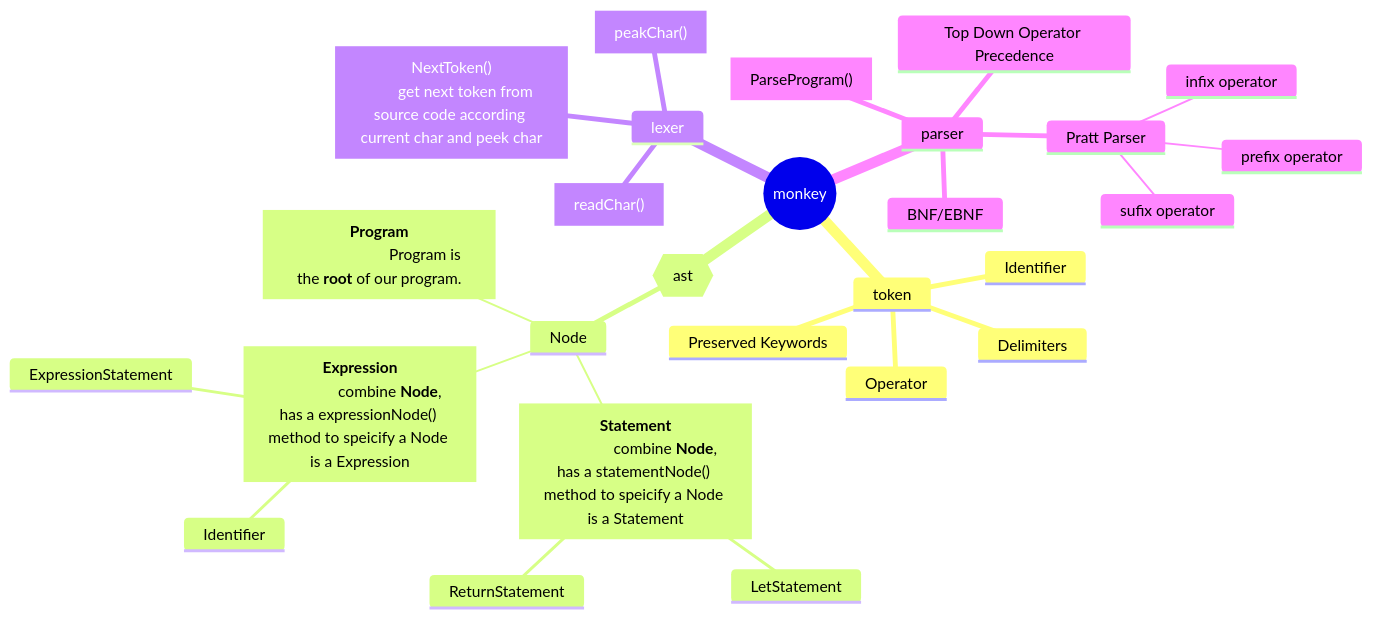
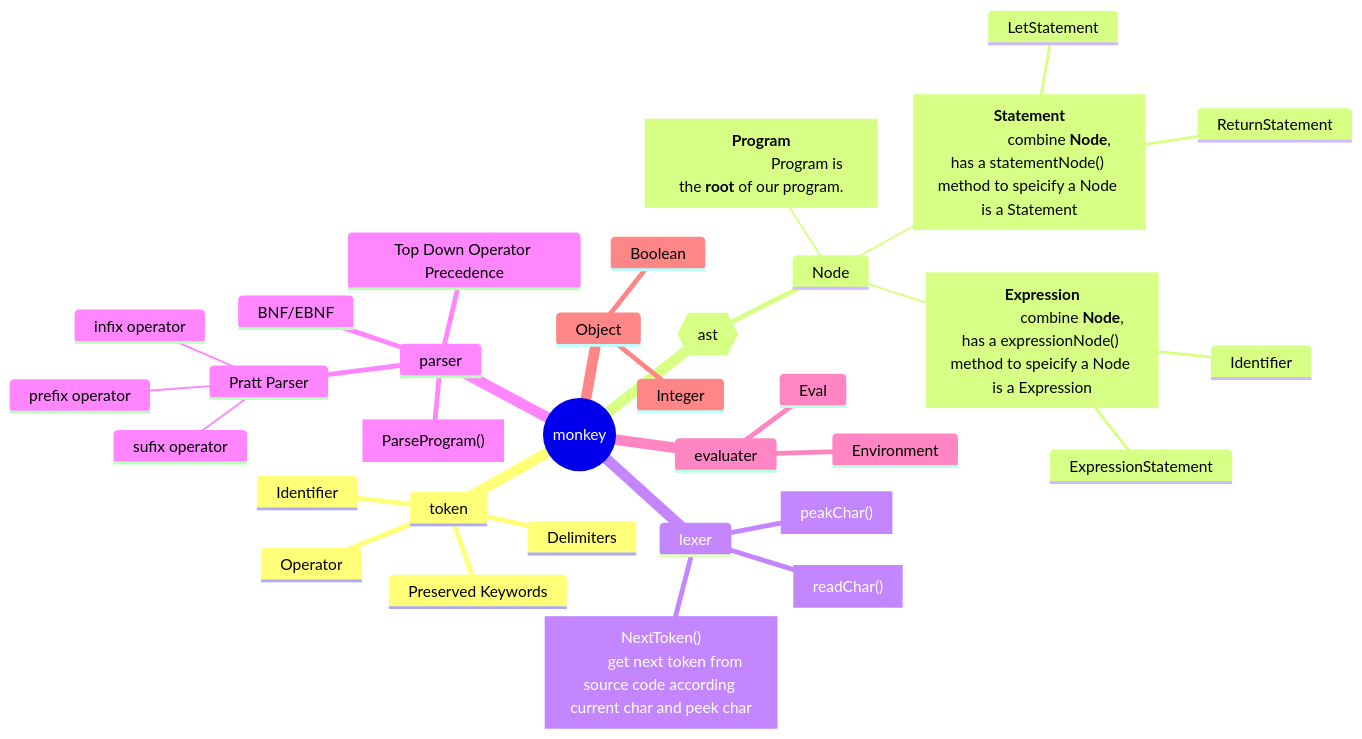
The diagram in README.md (0x822a5b87/monkey), drawn with Mermaid before and after one commit. The commit also changed other lines of this file, not shown here.

````diff
--- a/README.md
+++ b/README.md
@@ -93,34 +93,40 @@
 ```mermaid
 mindmap
   root((monkey))
     token
     	Identifier
     	Operator
     	Delimiters
     	Preserved Keywords
     ast{{ast}}
     	Node
     		Program["**Program**
     			Program is the **root** of our program."]
     		Statement["**Statement**
     		combine **Node**, has a statementNode() method to speicify a Node is a Statement"]
     			LetStatement
     			ReturnStatement
     		Expression["**Expression**
     		combine **Node**, has a expressionNode() method to speicify a Node is a Expression"]
     			Identifier
     			ExpressionStatement
     lexer
     	NextToken["NextToken()
     	get next token from source code according current char and peek char"]
     	readChar["readChar()"]
     	peakChar["peakChar()"]
     parser
     	Top Down Operator Precedence
     	ParseProgram["ParseProgram()"]
     	BNF/EBNF
     	Pratt Parser
     		prefix operator
     		infix operator
     		sufix operator
+    evaluater
+    	Eval
+    	Environment
+    Object
+    	Integer
+    	Boolean
 ```
````
